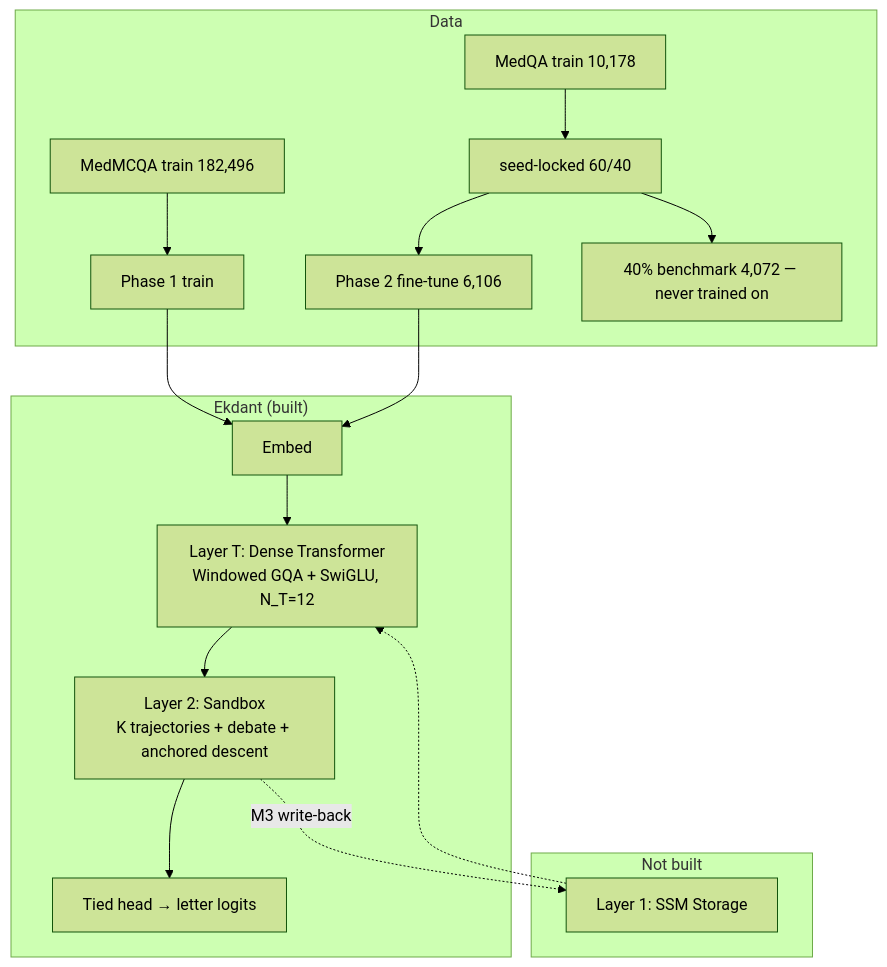
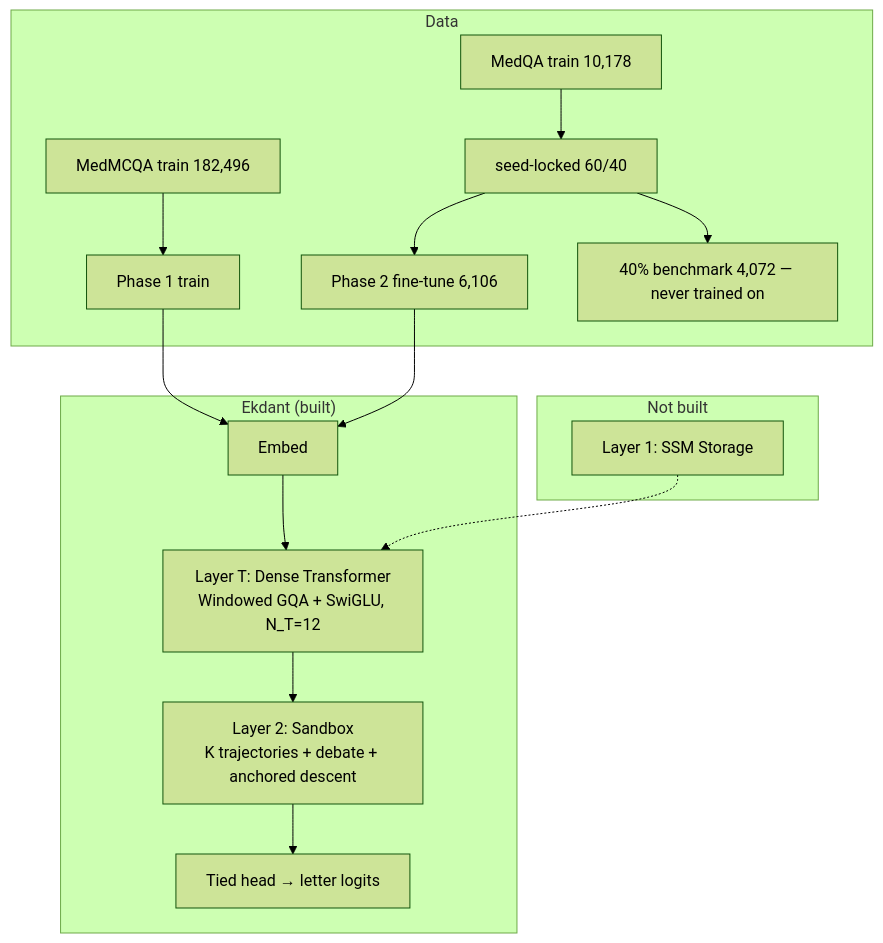
Before and after one commit to N0t-Harshil/Ekdant-LLM: the diagram in 01-Introduction/01_Project_Overview.md, drawn with Mermaid (forest theme). The commit also changed other lines of this file and 18 other files, not shown here.

````diff
--- a/01-Introduction/01_Project_Overview.md
+++ b/01-Introduction/01_Project_Overview.md
@@ -37,20 +37,19 @@
 ```mermaid
 graph TB
     subgraph "Data"
         MM[MedMCQA train 182,496] --> P1[Phase 1 train]
         MQ[MedQA train 10,178] --> SPLIT[seed-locked 60/40]
         SPLIT --> P2[Phase 2 fine-tune 6,106]
         SPLIT --> BENCH[40% benchmark 4,072 — never trained on]
     end
     subgraph "Ekdant (built)"
         P1 --> EMB[Embed]
         P2 --> EMB
         EMB --> TR[Layer T: Dense Transformer<br/>Windowed GQA + SwiGLU, N_T=12]
         TR --> L2[Layer 2: Sandbox<br/>K trajectories + debate + anchored descent]
         L2 --> OUT[Tied head → letter logits]
     end
     subgraph "Not built"
         L1[Layer 1: SSM Storage] -.-> TR
-        L2 -.M3 write-back.-> L1
     end
 ```
````
